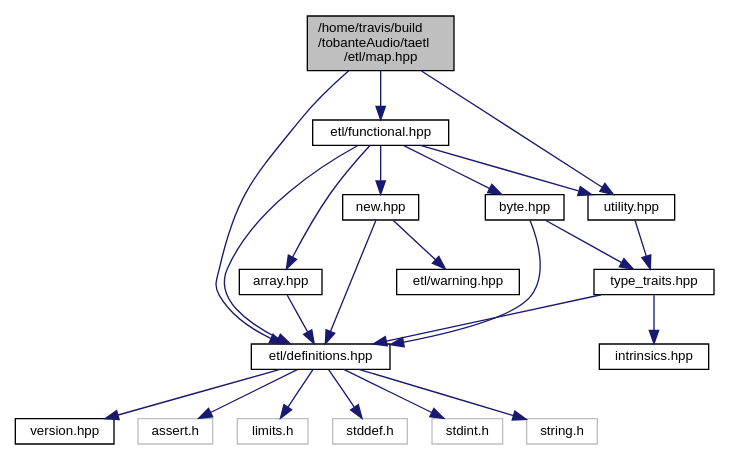
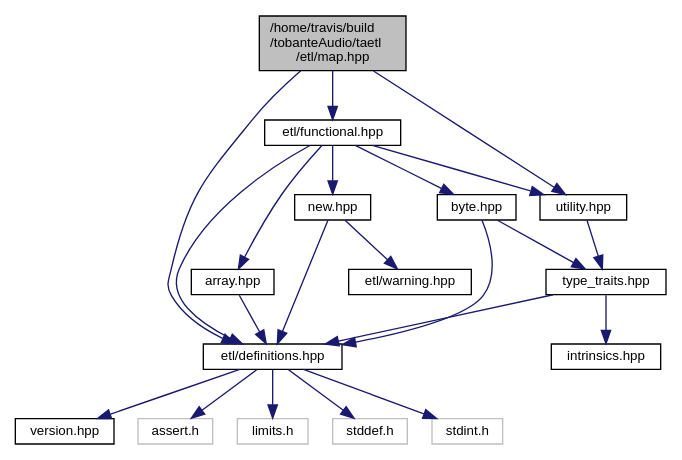
The diagram in map_8hpp__incl.dot (tobanteAudio/taetl), drawn with Graphviz before and after one commit. The commit also changed 128 other files, not shown here.

```diff
--- a/map_8hpp__incl.dot
+++ b/map_8hpp__incl.dot
@@ -1,43 +1,41 @@
 digraph "/home/travis/build/tobanteAudio/taetl/etl/map.hpp"
 {
   edge [fontname="Helvetica",fontsize="10",labelfontname="Helvetica",labelfontsize="10"];
   node [fontname="Helvetica",fontsize="10",shape=record];
   Node0 [label="/home/travis/build\l/tobanteAudio/taetl\l/etl/map.hpp",height=0.2,width=0.4,color="black", fillcolor="grey75", style="filled", fontcolor="black"];
   Node0 -> Node1 [color="midnightblue",fontsize="10",style="solid",fontname="Helvetica"];
   Node1 [label="etl/definitions.hpp",height=0.2,width=0.4,color="black", fillcolor="white", style="filled",URL="$definitions_8hpp.html"];
   Node1 -> Node2 [color="midnightblue",fontsize="10",style="solid",fontname="Helvetica"];
   Node2 [label="version.hpp",height=0.2,width=0.4,color="black", fillcolor="white", style="filled",URL="$version_8hpp.html"];
   Node1 -> Node3 [color="midnightblue",fontsize="10",style="solid",fontname="Helvetica"];
   Node3 [label="assert.h",height=0.2,width=0.4,color="grey75", fillcolor="white", style="filled"];
   Node1 -> Node4 [color="midnightblue",fontsize="10",style="solid",fontname="Helvetica"];
   Node4 [label="limits.h",height=0.2,width=0.4,color="grey75", fillcolor="white", style="filled"];
   Node1 -> Node5 [color="midnightblue",fontsize="10",style="solid",fontname="Helvetica"];
   Node5 [label="stddef.h",height=0.2,width=0.4,color="grey75", fillcolor="white", style="filled"];
   Node1 -> Node6 [color="midnightblue",fontsize="10",style="solid",fontname="Helvetica"];
   Node6 [label="stdint.h",height=0.2,width=0.4,color="grey75", fillcolor="white", style="filled"];
-  Node1 -> Node7 [color="midnightblue",fontsize="10",style="solid",fontname="Helvetica"];
-  Node7 [label="string.h",height=0.2,width=0.4,color="grey75", fillcolor="white", style="filled"];
-  Node0 -> Node8 [color="midnightblue",fontsize="10",style="solid",fontname="Helvetica"];
-  Node8 [label="etl/functional.hpp",height=0.2,width=0.4,color="black", fillcolor="white", style="filled",URL="$functional_8hpp.html"];
-  Node8 -> Node9 [color="midnightblue",fontsize="10",style="solid",fontname="Helvetica"];
-  Node9 [label="array.hpp",height=0.2,width=0.4,color="black", fillcolor="white", style="filled",URL="$array_8hpp.html"];
+  Node0 -> Node7 [color="midnightblue",fontsize="10",style="solid",fontname="Helvetica"];
+  Node7 [label="etl/functional.hpp",height=0.2,width=0.4,color="black", fillcolor="white", style="filled",URL="$functional_8hpp.html"];
+  Node7 -> Node8 [color="midnightblue",fontsize="10",style="solid",fontname="Helvetica"];
+  Node8 [label="array.hpp",height=0.2,width=0.4,color="black", fillcolor="white", style="filled",URL="$array_8hpp.html"];
+  Node8 -> Node1 [color="midnightblue",fontsize="10",style="solid",fontname="Helvetica"];
+  Node7 -> Node9 [color="midnightblue",fontsize="10",style="solid",fontname="Helvetica"];
+  Node9 [label="byte.hpp",height=0.2,width=0.4,color="black", fillcolor="white", style="filled",URL="$byte_8hpp.html"];
   Node9 -> Node1 [color="midnightblue",fontsize="10",style="solid",fontname="Helvetica"];
-  Node8 -> Node10 [color="midnightblue",fontsize="10",style="solid",fontname="Helvetica"];
-  Node10 [label="byte.hpp",height=0.2,width=0.4,color="black", fillcolor="white", style="filled",URL="$byte_8hpp.html"];
+  Node9 -> Node10 [color="midnightblue",fontsize="10",style="solid",fontname="Helvetica"];
+  Node10 [label="type_traits.hpp",height=0.2,width=0.4,color="black", fillcolor="white", style="filled",URL="$type__traits_8hpp.html"];
   Node10 -> Node1 [color="midnightblue",fontsize="10",style="solid",fontname="Helvetica"];
   Node10 -> Node11 [color="midnightblue",fontsize="10",style="solid",fontname="Helvetica"];
-  Node11 [label="type_traits.hpp",height=0.2,width=0.4,color="black", fillcolor="white", style="filled",URL="$type__traits_8hpp.html"];
-  Node11 -> Node1 [color="midnightblue",fontsize="10",style="solid",fontname="Helvetica"];
-  Node11 -> Node12 [color="midnightblue",fontsize="10",style="solid",fontname="Helvetica"];
-  Node12 [label="intrinsics.hpp",height=0.2,width=0.4,color="black", fillcolor="white", style="filled",URL="$intrinsics_8hpp.html"];
-  Node8 -> Node1 [color="midnightblue",fontsize="10",style="solid",fontname="Helvetica"];
-  Node8 -> Node13 [color="midnightblue",fontsize="10",style="solid",fontname="Helvetica"];
-  Node13 [label="new.hpp",height=0.2,width=0.4,color="black", fillcolor="white", style="filled",URL="$new_8hpp.html"];
-  Node13 -> Node1 [color="midnightblue",fontsize="10",style="solid",fontname="Helvetica"];
-  Node13 -> Node14 [color="midnightblue",fontsize="10",style="solid",fontname="Helvetica"];
-  Node14 [label="etl/warning.hpp",height=0.2,width=0.4,color="black", fillcolor="white", style="filled",URL="$warning_8hpp.html"];
-  Node8 -> Node15 [color="midnightblue",fontsize="10",style="solid",fontname="Helvetica"];
-  Node15 [label="utility.hpp",height=0.2,width=0.4,color="black", fillcolor="white", style="filled",URL="$utility_8hpp.html"];
-  Node15 -> Node11 [color="midnightblue",fontsize="10",style="solid",fontname="Helvetica"];
-  Node0 -> Node15 [color="midnightblue",fontsize="10",style="solid",fontname="Helvetica"];
+  Node11 [label="intrinsics.hpp",height=0.2,width=0.4,color="black", fillcolor="white", style="filled",URL="$intrinsics_8hpp.html"];
+  Node7 -> Node1 [color="midnightblue",fontsize="10",style="solid",fontname="Helvetica"];
+  Node7 -> Node12 [color="midnightblue",fontsize="10",style="solid",fontname="Helvetica"];
+  Node12 [label="new.hpp",height=0.2,width=0.4,color="black", fillcolor="white", style="filled",URL="$new_8hpp.html"];
+  Node12 -> Node1 [color="midnightblue",fontsize="10",style="solid",fontname="Helvetica"];
+  Node12 -> Node13 [color="midnightblue",fontsize="10",style="solid",fontname="Helvetica"];
+  Node13 [label="etl/warning.hpp",height=0.2,width=0.4,color="black", fillcolor="white", style="filled",URL="$warning_8hpp.html"];
+  Node7 -> Node14 [color="midnightblue",fontsize="10",style="solid",fontname="Helvetica"];
+  Node14 [label="utility.hpp",height=0.2,width=0.4,color="black", fillcolor="white", style="filled",URL="$utility_8hpp.html"];
+  Node14 -> Node10 [color="midnightblue",fontsize="10",style="solid",fontname="Helvetica"];
+  Node0 -> Node14 [color="midnightblue",fontsize="10",style="solid",fontname="Helvetica"];
 }
```
